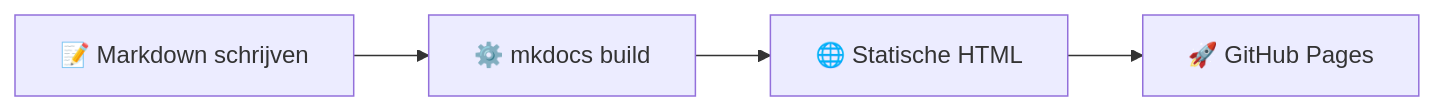
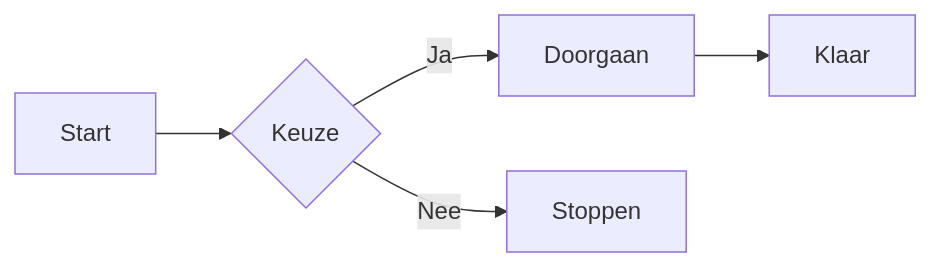
Before and after one commit to rhirschmann/mkdocs-demo: the first of 3 diagrams in docs/features.md, drawn with Mermaid. The commit also changed other lines of this file, not shown here.

````diff
--- a/docs/features.md
+++ b/docs/features.md
@@ -173,6 +198,7 @@
 ```mermaid
 graph LR
-    A["📝 Markdown schrijven"] --> B["⚙️ mkdocs build"]
-    B --> C["🌐 Statische HTML"]
-    C --> D["🚀 GitHub Pages"]
+  A[Start] --> B{Keuze};
+  B -->|Ja| C[Doorgaan];
+  B -->|Nee| D[Stoppen];
+  C --> E[Klaar];
 ```
````
